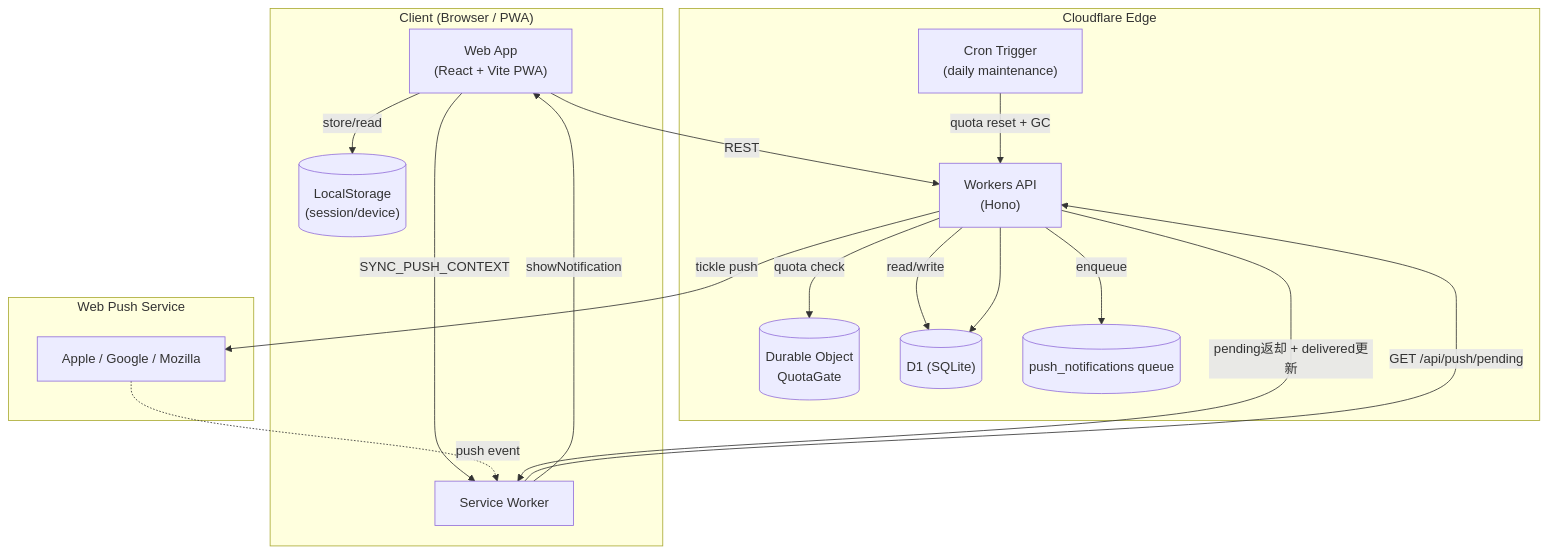
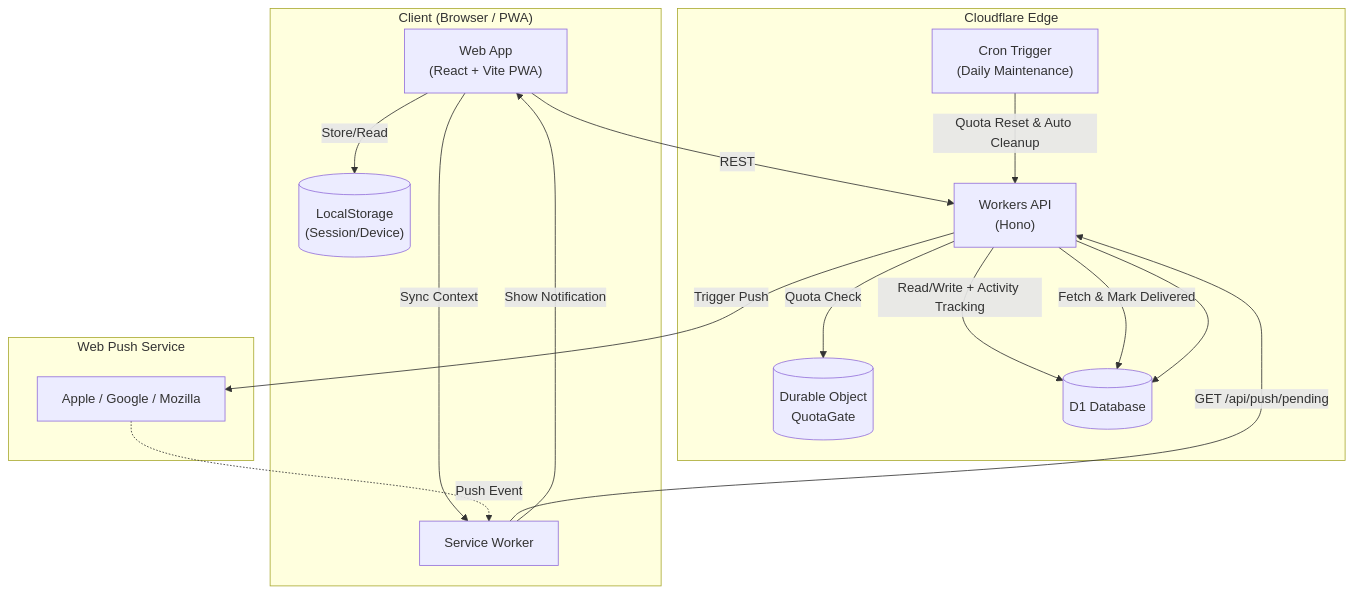
The diagram in README.ja.md (brightcat1/renrakun), drawn with Mermaid before and after one commit. The commit also changed other lines of this file and 1 other file, not shown here.

Commit message:
docs: update architecture diagram and data maintenance policy

````diff
--- a/README.ja.md
+++ b/README.ja.md
@@ -23,37 +23,35 @@
 ```mermaid
 graph TD
   subgraph Client["Client (Browser / PWA)"]
     UI["Web App\n(React + Vite PWA)"]
     SW["Service Worker"]
-    LS[("LocalStorage\n(session/device)")]
+    LS[("LocalStorage\n(Session/Device)")]
   end
 
   subgraph Edge["Cloudflare Edge"]
     API["Workers API\n(Hono)"]
     DO[("Durable Object\nQuotaGate")]
-    DB[("D1 (SQLite)")]
-    Q[("push_notifications queue")]
-    CRON["Cron Trigger\n(daily maintenance)"]
+    DB[("D1 Database")]
+    CRON["Cron Trigger\n(Daily Maintenance)"]
   end
 
   subgraph Push["Web Push Service"]
     PS["Apple / Google / Mozilla"]
   end
 
   UI -->|REST| API
-  UI -->|store/read| LS
-  UI -->|SYNC_PUSH_CONTEXT| SW
+  UI -->|Store/Read| LS
+  UI -->|Sync Context| SW
 
-  API -->|read/write| DB
-  API -->|quota check| DO
-  API -->|enqueue| Q
-  API -->|tickle push| PS
+  API -->|Read/Write + Activity Tracking| DB
+  API -->|Quota Check| DO
+  API -->|Trigger Push| PS
 
-  PS -.->|push event| SW
+  PS -.->|Push Event| SW
   SW -->|GET /api/push/pending| API
-  API -->|pending返却 + delivered更新| SW
-  SW -->|showNotification| UI
+  API -->|Fetch & Mark Delivered| DB
+  SW -->|Show Notification| UI
 
-  CRON -->|quota reset + GC| API
+  CRON -->|Quota Reset & Auto Cleanup| API
   API --> DB
 ```
````
